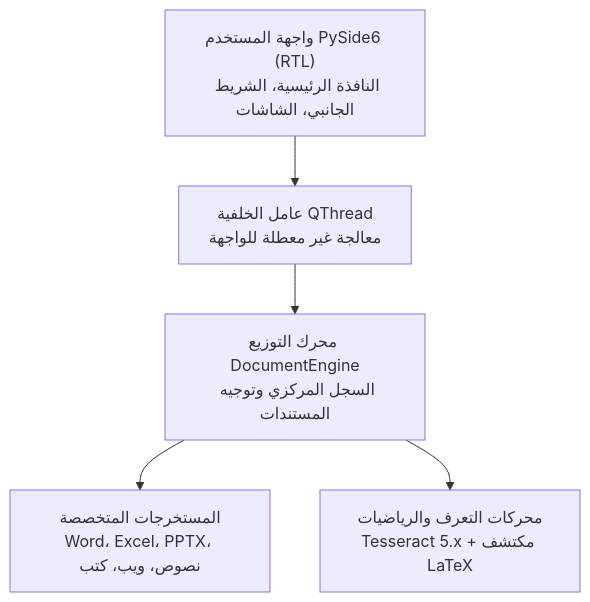
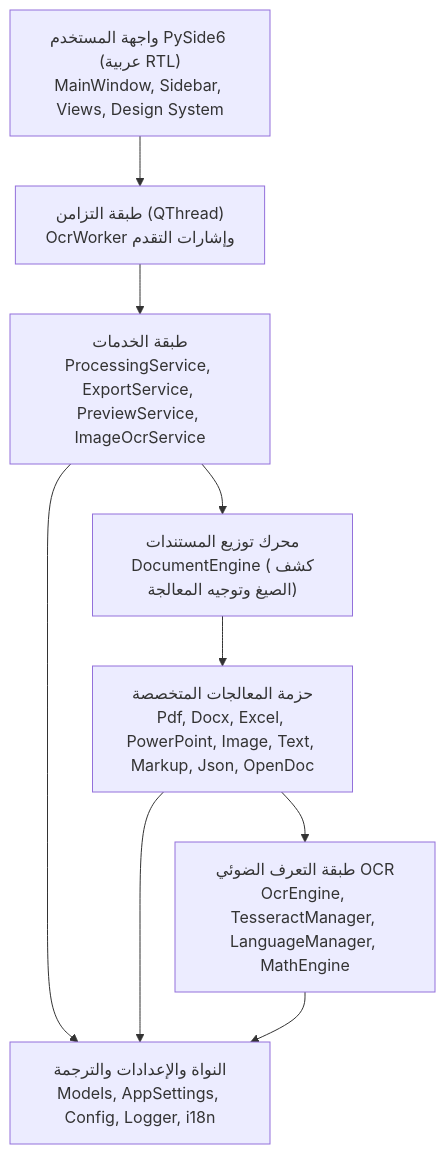
Before and after one commit to IbrahimSalha25/NASS: the diagram in README.ar.md, drawn with Mermaid. The commit also changed other lines of this file and 1 other file, not shown here.

````diff
--- a/README.ar.md
+++ b/README.ar.md
@@ -126,13 +90,19 @@
 ```mermaid
 graph TD
-    UI["واجهة المستخدم PySide6 (RTL)<br/>النافذة الرئيسية، الشريط الجانبي، الشاشات"]
-    Worker["عامل الخلفية QThread<br/>معالجة غير معطلة للواجهة"]
-    Engine["محرك التوزيع DocumentEngine<br/>السجل المركزي وتوجيه المستندات"]
-    Extractors["المستخرجات المتخصصة<br/>Word، Excel، PPTX، نصوص، ويب، كتب"]
-    OCR["محركات التعرف والرياضيات<br/>Tesseract 5.x + مكتشف LaTeX"]
+    UI["واجهة المستخدم PySide6 (عربية RTL)<br/>MainWindow, Sidebar, Views, Design System"]
+    Worker["طبقة التزامن (QThread)<br/>OcrWorker وإشارات التقدم"]
+    Services["طبقة الخدمات<br/>ProcessingService, ExportService, PreviewService, ImageOcrService"]
+    DocEngine["محرك توزيع المستندات<br/>DocumentEngine (كشف الصيغ وتوجيه المعالجة)"]
+    Processors["حزمة المعالجات المتخصصة<br/>Pdf, Docx, Excel, PowerPoint, Image, Text, Markup, Json, OpenDoc"]
+    Ocr["طبقة التعرف الضوئي OCR<br/>OcrEngine, TesseractManager, LanguageManager, MathEngine"]
+    Core["النواة والإعدادات والترجمة<br/>Models, AppSettings, Config, Logger, i18n"]
 
     UI --> Worker
-    Worker --> Engine
-    Engine --> Extractors
-    Engine --> OCR
+    Worker --> Services
+    Services --> DocEngine
+    DocEngine --> Processors
+    Processors --> Ocr
+    Services --> Core
+    Processors --> Core
+    Ocr --> Core
 ```
````
